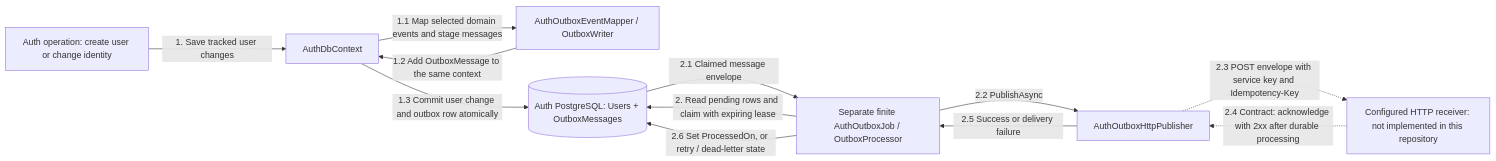
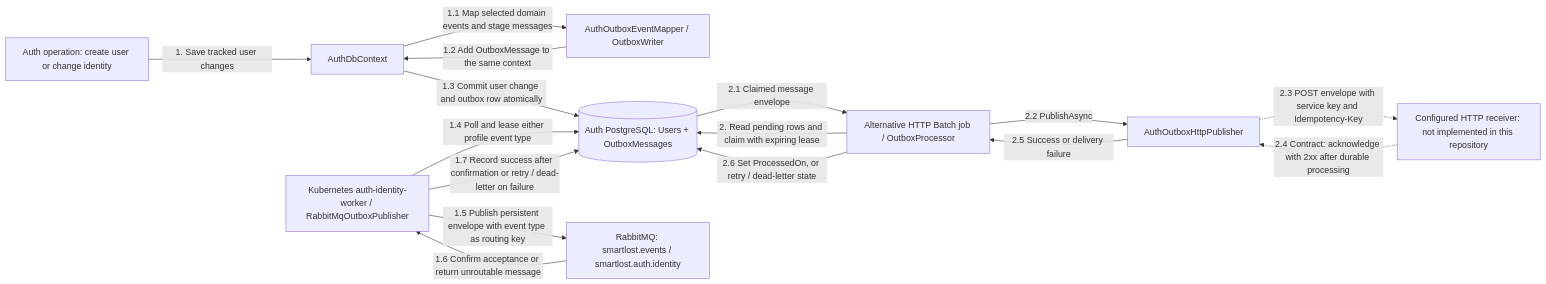
One commit to bogdan-spilevoi/ASET-master-year-1 changed the sixth of 7 diagrams in src/Services/Auth/COMMUNICATION.md. Above: the diagram before and after it, drawn with Mermaid. The commit also changed other lines of this file and 22 other files, not shown here.

First line of the commit message:
Add Auth RabbitMQ profile publisher

````diff
--- a/src/Services/Auth/COMMUNICATION.md
+++ b/src/Services/Auth/COMMUNICATION.md
@@ -167,22 +167,28 @@
 ```mermaid
 flowchart LR
     Operation["Auth operation: create user or change identity"]
     Context["AuthDbContext"]
     Mapper["AuthOutboxEventMapper / OutboxWriter"]
     DB[("Auth PostgreSQL: Users + OutboxMessages")]
-    Worker["Separate finite AuthOutboxJob / OutboxProcessor"]
+    Identity["Kubernetes auth-identity-worker / RabbitMqOutboxPublisher"]
+    Rabbit["RabbitMQ: smartlost.events / smartlost.auth.identity"]
+    Worker["Alternative HTTP Batch job / OutboxProcessor"]
     Publisher["AuthOutboxHttpPublisher"]
     Receiver["Configured HTTP receiver: not implemented in this repository"]
 
     Operation -->|"1. Save tracked user changes"| Context
     Context -->|"1.1 Map selected domain events and stage messages"| Mapper
     Mapper -->|"1.2 Add OutboxMessage to the same context"| Context
     Context -->|"1.3 Commit user change and outbox row atomically"| DB
+    Identity -->|"1.4 Poll and lease either profile event type"| DB
+    Identity -->|"1.5 Publish persistent envelope with event type as routing key"| Rabbit
+    Rabbit -->|"1.6 Confirm acceptance or return unroutable message"| Identity
+    Identity -->|"1.7 Record success after confirmation or retry / dead-letter on failure"| DB
     Worker -->|"2. Read pending rows and claim with expiring lease"| DB
     DB -->|"2.1 Claimed message envelope"| Worker
     Worker -->|"2.2 PublishAsync"| Publisher
     Publisher -.->|"2.3 POST envelope with service key and Idempotency-Key"| Receiver
     Receiver -.->|"2.4 Contract: acknowledge with 2xx after durable processing"| Publisher
     Publisher -->|"2.5 Success or delivery failure"| Worker
     Worker -->|"2.6 Set ProcessedOn, or retry / dead-letter state"| DB
 ```
````
